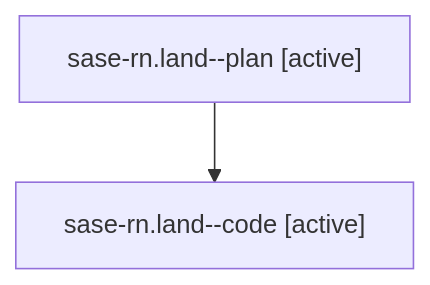
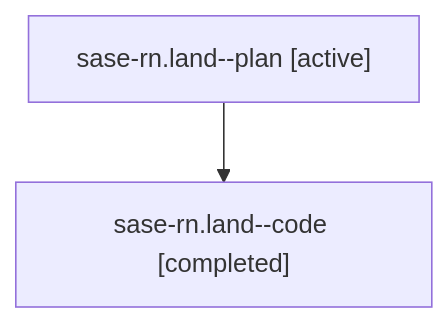
One commit to sase-org/sase--agents changed the diagram in families/bbugyi200.athena.sase-rn.land.md. Above: the diagram before and after it, drawn with Mermaid. The commit also changed other lines of this file and 35830 other files, not shown here.

````diff
--- a/families/bbugyi200.athena.sase-rn.land.md
+++ b/families/bbugyi200.athena.sase-rn.land.md
@@ -9,6 +9,6 @@
 ```mermaid
 flowchart TD
   n0["sase-rn.land--plan [active]"]
-  n1["sase-rn.land--code [active]"]
+  n1["sase-rn.land--code [completed]"]
   n0 --> n1
 ```
````
